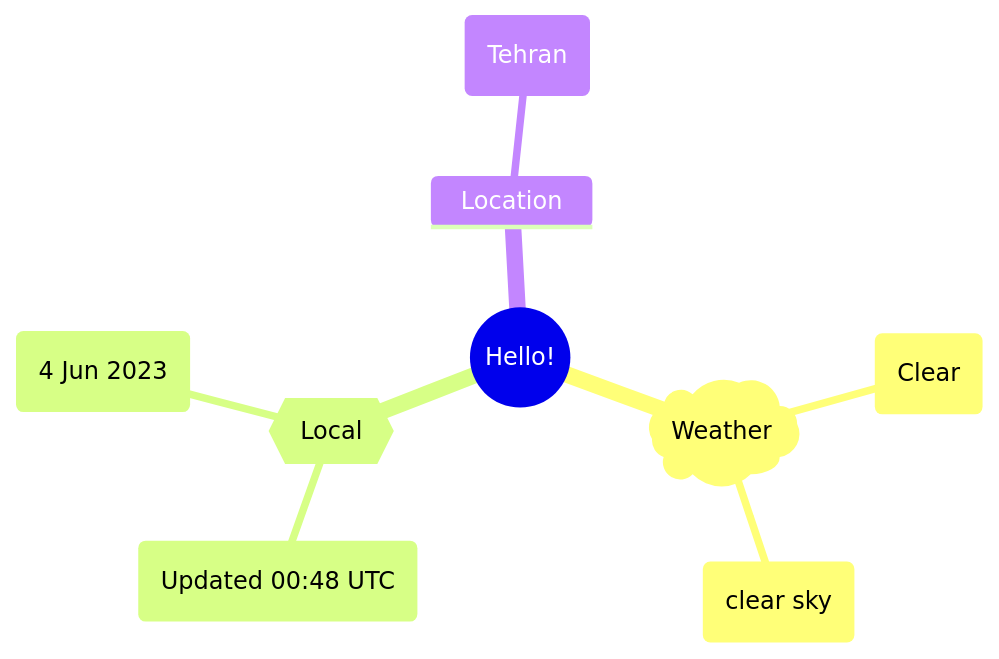
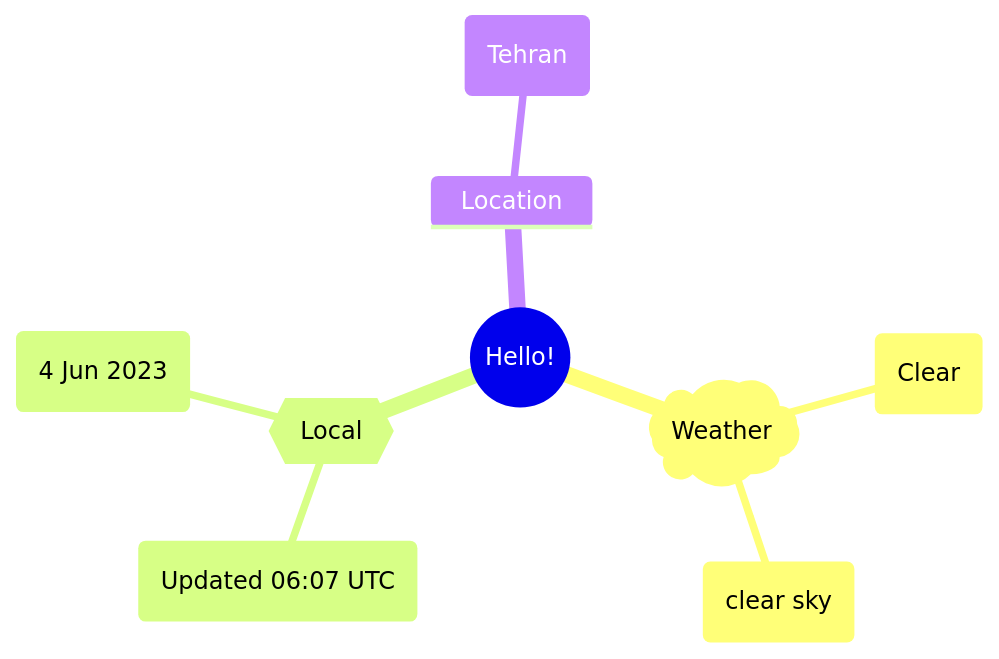
Before and after one commit to Xosrov/Xosrov: the first of 2 diagrams in README.md, drawn with Mermaid.

Commit message:
[bot] updated images

````diff
--- a/README.md
+++ b/README.md
@@ -3,12 +3,12 @@
 ```mermaid
 mindmap
   root((Hello!))
     )Weather(
         (Clear)
         (clear sky)
     {{Local}}
-        (Updated 00:48 UTC)
+        (Updated 06:07 UTC)
         (4 Jun 2023)
     Location
         (Tehran)
 ```
````
